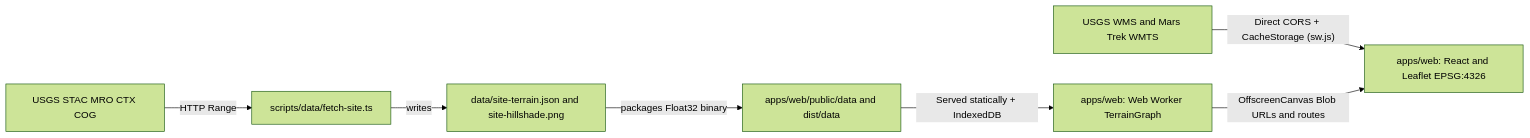
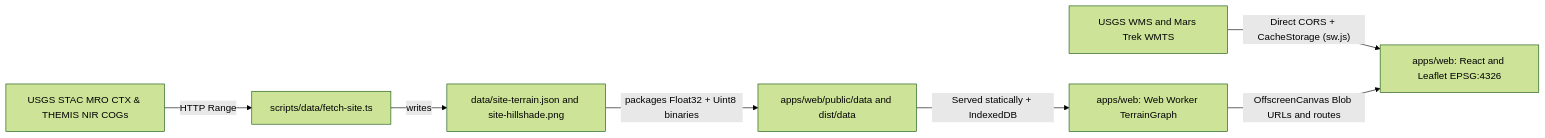
The diagram in docs/algorithms-and-architecture.md (nimbs-hack/main), drawn with Mermaid (forest theme) before and after one commit. The commit also changed other lines of this file and 32 other files, not shown here.

````diff
--- a/docs/algorithms-and-architecture.md
+++ b/docs/algorithms-and-architecture.md
@@ -23,9 +23,9 @@
 ```mermaid
 flowchart LR
-  COG["USGS STAC MRO CTX COG"] -->|HTTP Range| Fetch["scripts/data/fetch-site.ts"]
+  COG["USGS STAC MRO CTX & THEMIS NIR COGs"] -->|HTTP Range| Fetch["scripts/data/fetch-site.ts"]
   Fetch -->|writes| Data["data/site-terrain.json and site-hillshade.png"]
-  Data -->|packages Float32 binary| Static["apps/web/public/data and dist/data"]
+  Data -->|packages Float32 + Uint8 binaries| Static["apps/web/public/data and dist/data"]
   Static -->|"Served statically + IndexedDB"| Worker["apps/web: Web Worker TerrainGraph"]
   WMS["USGS WMS and Mars Trek WMTS"] -->|"Direct CORS + CacheStorage (sw.js)"| Web["apps/web: React and Leaflet EPSG:4326"]
   Worker -->|"OffscreenCanvas Blob URLs and routes"| Web
 ```
````
